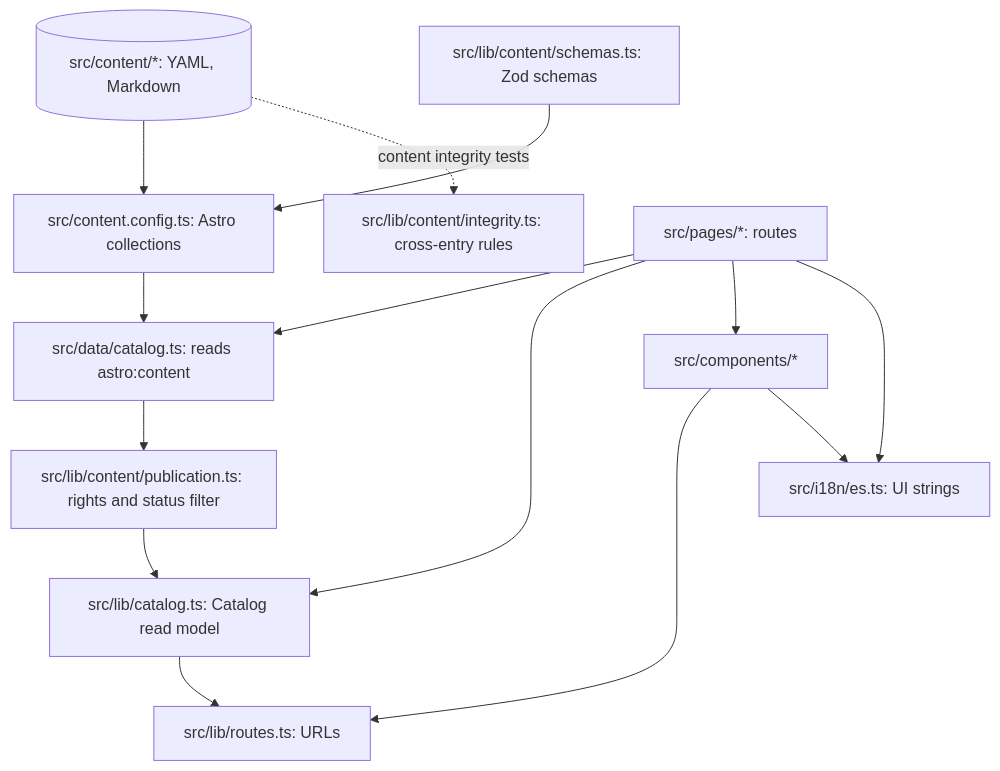
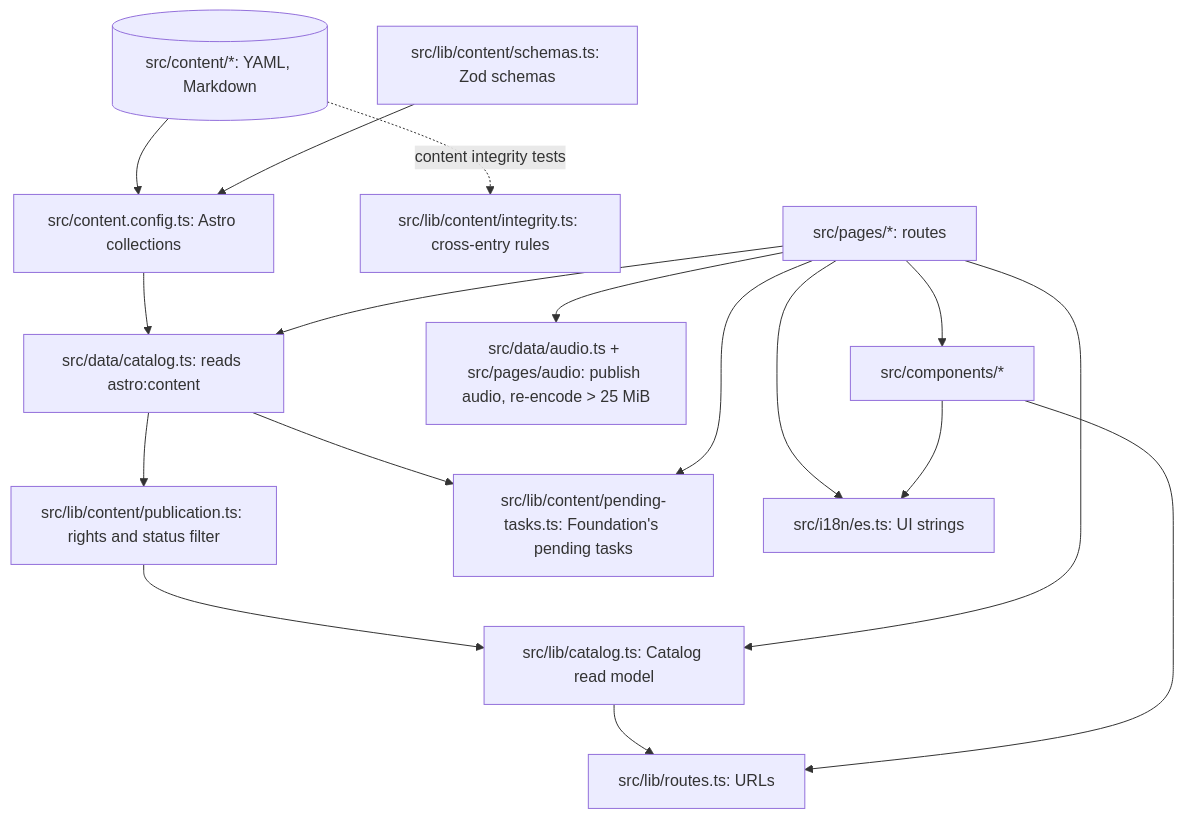
Before and after one commit to jordanmontt/AMADEU: the third of 5 diagrams in docs/architecture.md, drawn with Mermaid. The commit also changed other lines of this file and 9 other files, not shown here.

First line of the commit message:
docs: document H1 (media paths, pending tasks, initial import)

````diff
--- a/docs/architecture.md
+++ b/docs/architecture.md
@@ -78,27 +78,32 @@
 ```mermaid
 flowchart TB
   files[(src/content/*: YAML, Markdown)]
   config[src/content.config.ts: Astro collections]
   schemas[src/lib/content/schemas.ts: Zod schemas]
   loader[src/data/catalog.ts: reads astro:content]
   publication[src/lib/content/publication.ts: rights and status filter]
   catalog[src/lib/catalog.ts: Catalog read model]
   routes[src/lib/routes.ts: URLs]
   integrity[src/lib/content/integrity.ts: cross-entry rules]
+  tasks[src/lib/content/pending-tasks.ts: Foundation's pending tasks]
+  audio[src/data/audio.ts + src/pages/audio: publish audio, re-encode > 25 MiB]
   pages[src/pages/*: routes]
   components[src/components/*]
   i18n[src/i18n/es.ts: UI strings]
 
   files --> config
   schemas --> config
   config --> loader
   loader --> publication --> catalog
   catalog --> routes
   pages --> loader
   pages --> catalog
   pages --> components
   components --> routes
   pages --> i18n
   components --> i18n
   files -. "content integrity tests" .-> integrity
+  loader --> tasks
+  pages --> tasks
+  pages --> audio
 ```
````
